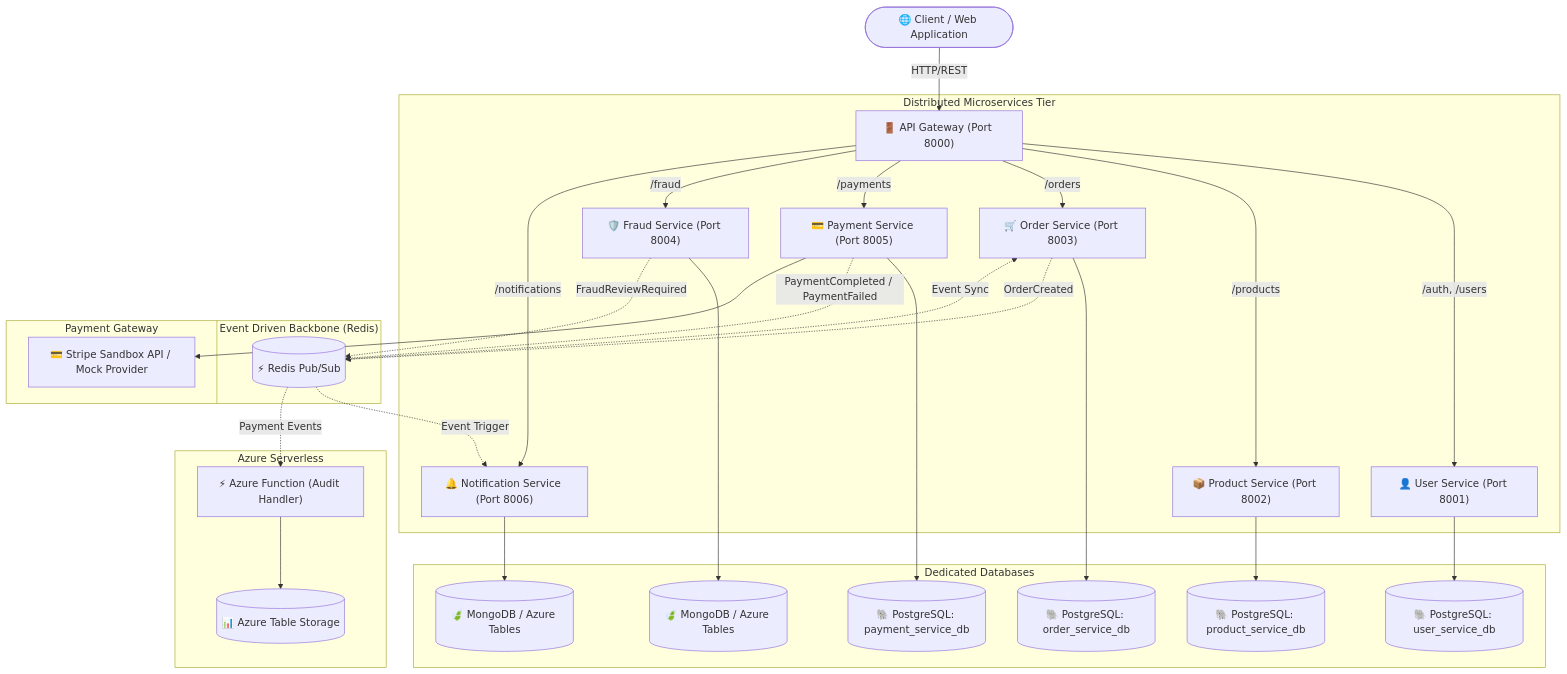
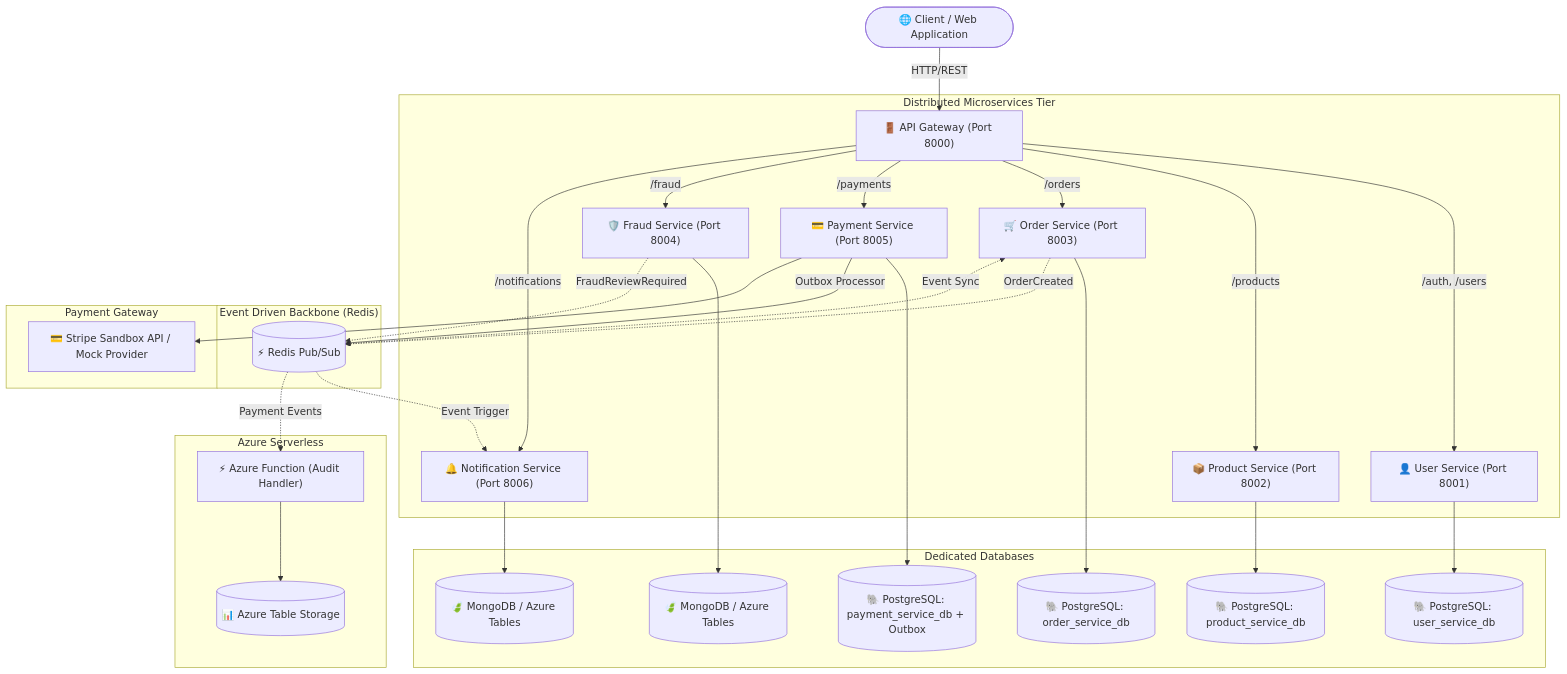
The diagram in README.md (jamoloto-dev/intelligent-payment), drawn with Mermaid before and after one commit. The commit also changed other lines of this file and 71 other files, not shown here.

````diff
--- a/README.md
+++ b/README.md
@@ -29,39 +30,39 @@
 ```mermaid
 flowchart TD
     Client(["🌐 Client / Web Application"]) -->|HTTP/REST| Gateway["🚪 API Gateway (Port 8000)"]
 
     subgraph Microservices ["Distributed Microservices Tier"]
         Gateway -->|/auth, /users| UserSvc["👤 User Service (Port 8001)"]
         Gateway -->|/products| ProdSvc["📦 Product Service (Port 8002)"]
         Gateway -->|/orders| OrderSvc["🛒 Order Service (Port 8003)"]
         Gateway -->|/payments| PaySvc["💳 Payment Service (Port 8005)"]
         Gateway -->|/fraud| FraudSvc["🛡️ Fraud Service (Port 8004)"]
         Gateway -->|/notifications| NotifSvc["🔔 Notification Service (Port 8006)"]
     end
 
     subgraph Data_Tier ["Dedicated Databases"]
         UserSvc --> UserDB[("🐘 PostgreSQL: user_service_db")]
         ProdSvc --> ProdDB[("🐘 PostgreSQL: product_service_db")]
         OrderSvc --> OrderDB[("🐘 PostgreSQL: order_service_db")]
-        PaySvc --> PayDB[("🐘 PostgreSQL: payment_service_db")]
+        PaySvc --> PayDB[("🐘 PostgreSQL: payment_service_db + Outbox")]
         FraudSvc --> MongoFraud[("🍃 MongoDB / Azure Tables")]
         NotifSvc --> MongoNotif[("🍃 MongoDB / Azure Tables")]
     end
 
     subgraph Event_Brokers ["Event Driven Backbone (Redis)"]
-        OrderSvc -.->|OrderCreated| RedisBus[("⚡ Redis Pub/Sub")]
-        PaySvc -.->|PaymentCompleted / PaymentFailed| RedisBus
+        PaySvc -->|Outbox Processor| RedisBus[("⚡ Redis Pub/Sub")]
+        OrderSvc -.->|OrderCreated| RedisBus
         FraudSvc -.->|FraudReviewRequired| RedisBus
         RedisBus -.->|Event Sync| OrderSvc
         RedisBus -.->|Event Trigger| NotifSvc
     end
 
     subgraph Third_Party ["Payment Gateway"]
         PaySvc --> StripeAPI["💳 Stripe Sandbox API / Mock Provider"]
     end
 
     subgraph Serverless ["Azure Serverless"]
         RedisBus -.->|Payment Events| AzureFunc["⚡ Azure Function (Audit Handler)"]
         AzureFunc --> AzureTables[("📊 Azure Table Storage")]
     end
 ```
````
